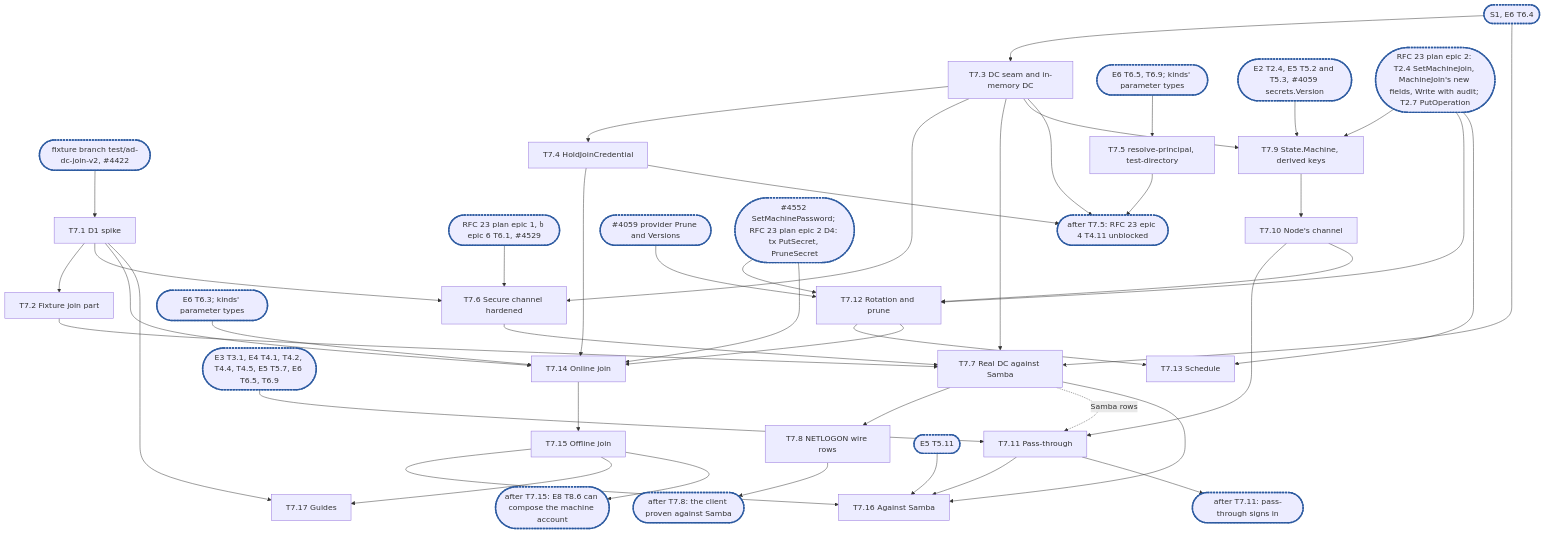
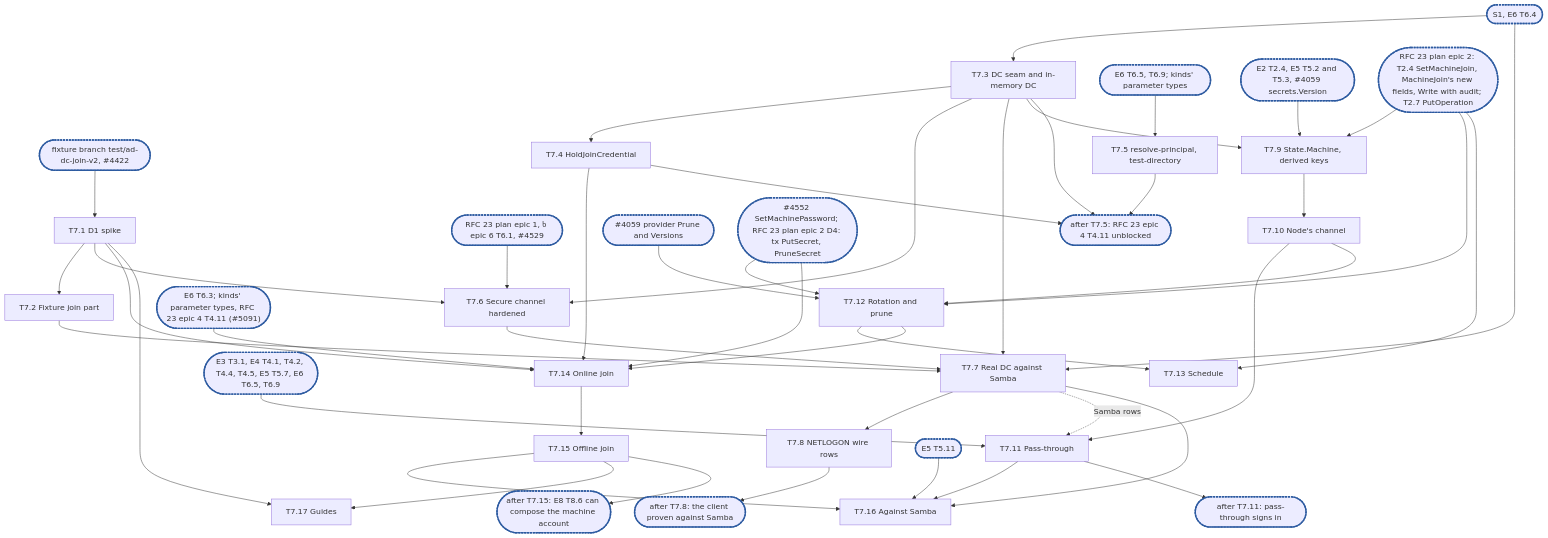
Before and after one commit to cubbit/dittofs: the diagram in .planning/rfc-18-identity-epic7.md, drawn with Mermaid. The commit also changed other lines of this file and 5 other files, not shown here.

````diff
--- a/.planning/rfc-18-identity-epic7.md
+++ b/.planning/rfc-18-identity-epic7.md
@@ -1104,35 +1107,35 @@
 ```mermaid
 flowchart TD
   X0(["fixture branch test/ad-dc-join-v2, #4422"]):::sync --> T7_1["T7.1 D1 spike"]
   T7_1 --> T7_2["T7.2 Fixture join part"]
   X1(["S1, E6 T6.4"]):::sync --> T7_3["T7.3 DC seam and in-memory DC"]
   T7_3 --> T7_4["T7.4 HoldJoinCredential"]
   X2(["E6 T6.5, T6.9; kinds' parameter types"]):::sync --> T7_5["T7.5 resolve-principal, test-directory"]
   X9(["RFC 23 plan epic 1, #4334; epic 6 T6.1, #4529"]):::sync --> T7_6
   T7_1 & T7_3 --> T7_6["T7.6 Secure channel hardened"]
   T7_2 & T7_3 & T7_6 --> T7_7["T7.7 Real DC against Samba"]
   X1 --> T7_7
   T7_7 --> T7_8["T7.8 NETLOGON wire rows"]
   T7_3 --> T7_9["T7.9 State.Machine, derived keys"]
   X3(["E2 T2.4, E5 T5.2 and T5.3, #4059 secrets.Version"]):::sync --> T7_9
   T7_9 --> T7_10["T7.10 Node's channel"]
   T7_10 --> T7_11["T7.11 Pass-through"]
   T7_7 -. Samba rows .-> T7_11
   X4(["E3 T3.1, E4 T4.1, T4.2, T4.4, T4.5, E5 T5.7, E6 T6.5, T6.9"]):::sync --> T7_11
   T7_10 --> T7_12["T7.12 Rotation and prune"]
   X5(["#4059 provider Prune and Versions"]):::sync --> T7_12
   X10(["RFC 23 plan epic 2: T2.4 SetMachineJoin, MachineJoin's new fields, Write with audit; T2.7 PutOperation"]):::sync --> T7_9 & T7_12 & T7_13
   X11(["#4552 SetMachinePassword; RFC 23 plan epic 2 D4: tx PutSecret, PruneSecret"]):::sync --> T7_12 & T7_14
   T7_12 --> T7_13["T7.13 Schedule"]
   T7_1 & T7_4 & T7_12 --> T7_14["T7.14 Online join"]
-  X6(["E6 T6.3; kinds' parameter types"]):::sync --> T7_14
+  X6(["E6 T6.3; kinds' parameter types, RFC 23 epic 4 T4.11 (#5091)"]):::sync --> T7_14
   T7_14 --> T7_15["T7.15 Offline join"]
   T7_7 & T7_11 & T7_15 --> T7_16["T7.16 Against Samba"]
   X7(["E5 T5.11"]):::sync --> T7_16
   T7_1 & T7_15 --> T7_17["T7.17 Guides"]
   T7_3 & T7_4 & T7_5 --> C1(["after T7.5: RFC 23 epic 4 T4.11 unblocked"]):::sync
   T7_8 --> C2(["after T7.8: the client proven against Samba"]):::sync
   T7_11 --> C3(["after T7.11: pass-through signs in"]):::sync
   T7_15 --> C4(["after T7.15: E8 T8.6 can compose the machine account"]):::sync
   classDef sync stroke:#2c5aa0,stroke-width:3px,stroke-dasharray:4 2
 ```
````
